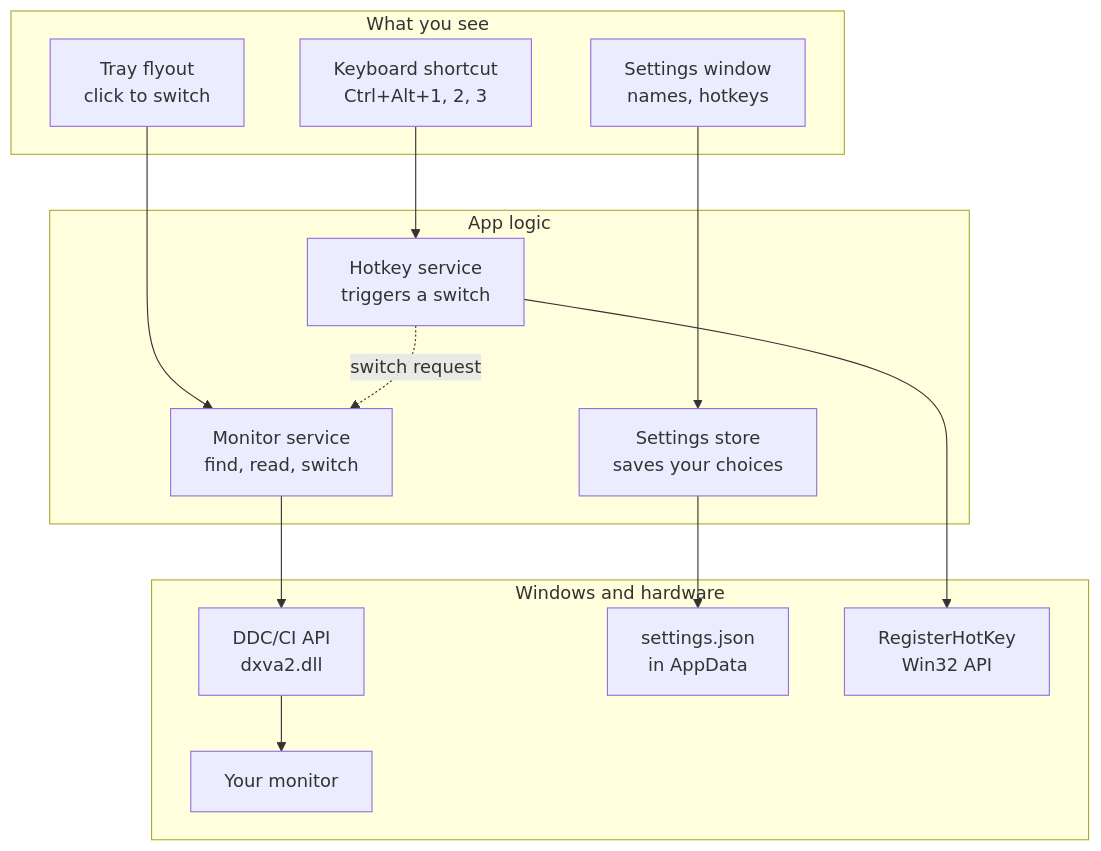
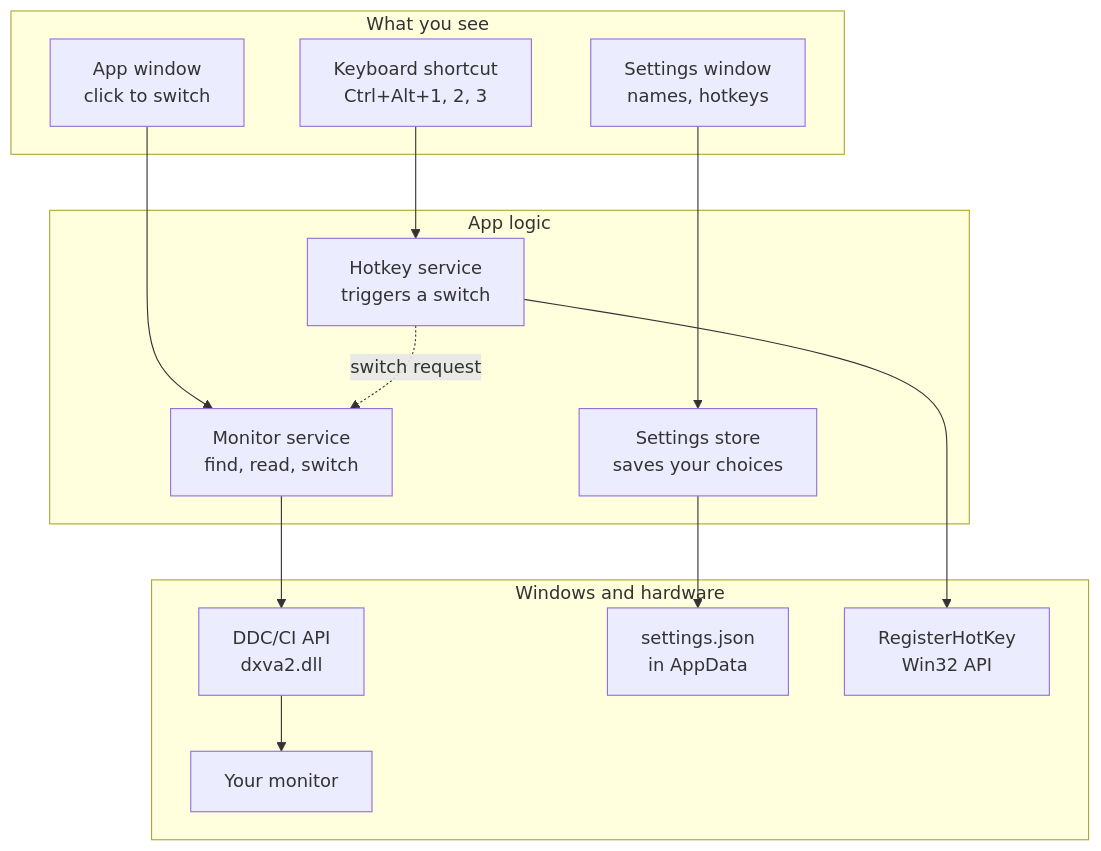
Before and after one commit to undah/inputflip: the diagram in docs/architecture.md, drawn with Mermaid. The commit also changed other lines of this file and 16 other files, not shown here.

First line of the commit message:
Make Switchboard a normal app window instead of a tray app

````diff
--- a/docs/architecture.md
+++ b/docs/architecture.md
@@ -3,23 +3,23 @@
 ```mermaid
 flowchart TD
     subgraph UI["What you see"]
-        F[Tray flyout<br/>click to switch]
+        F[App window<br/>click to switch]
         S[Settings window<br/>names, hotkeys]
         K[Keyboard shortcut<br/>Ctrl+Alt+1, 2, 3]
     end
     subgraph Logic["App logic"]
         MS[Monitor service<br/>find, read, switch]
         SS[Settings store<br/>saves your choices]
         HS[Hotkey service<br/>triggers a switch]
     end
     subgraph OS["Windows and hardware"]
         D[DDC/CI API<br/>dxva2.dll]
         J[settings.json<br/>in AppData]
         R[RegisterHotKey<br/>Win32 API]
         M[Your monitor]
     end
     F --> MS --> D --> M
     S --> SS --> J
     K --> HS --> R
     HS -. switch request .-> MS
 ```
````
